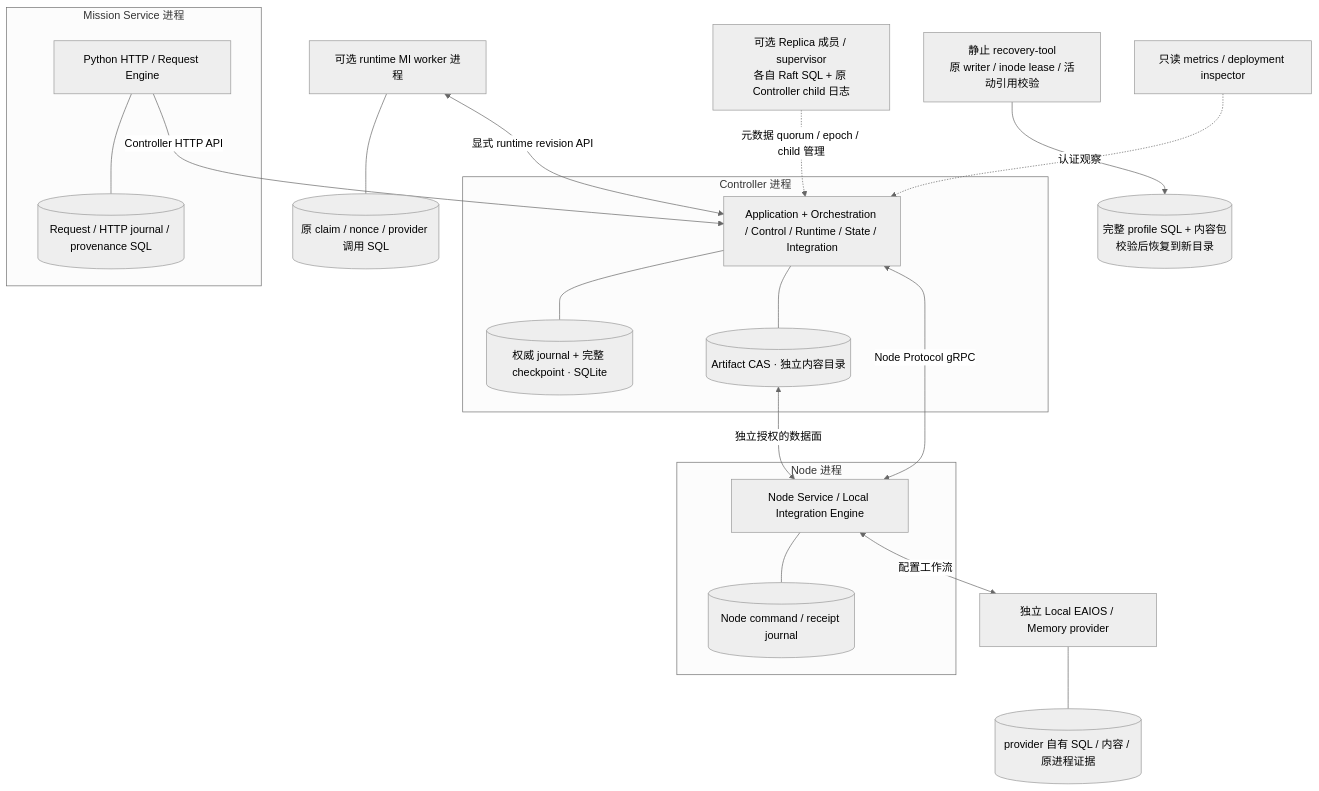
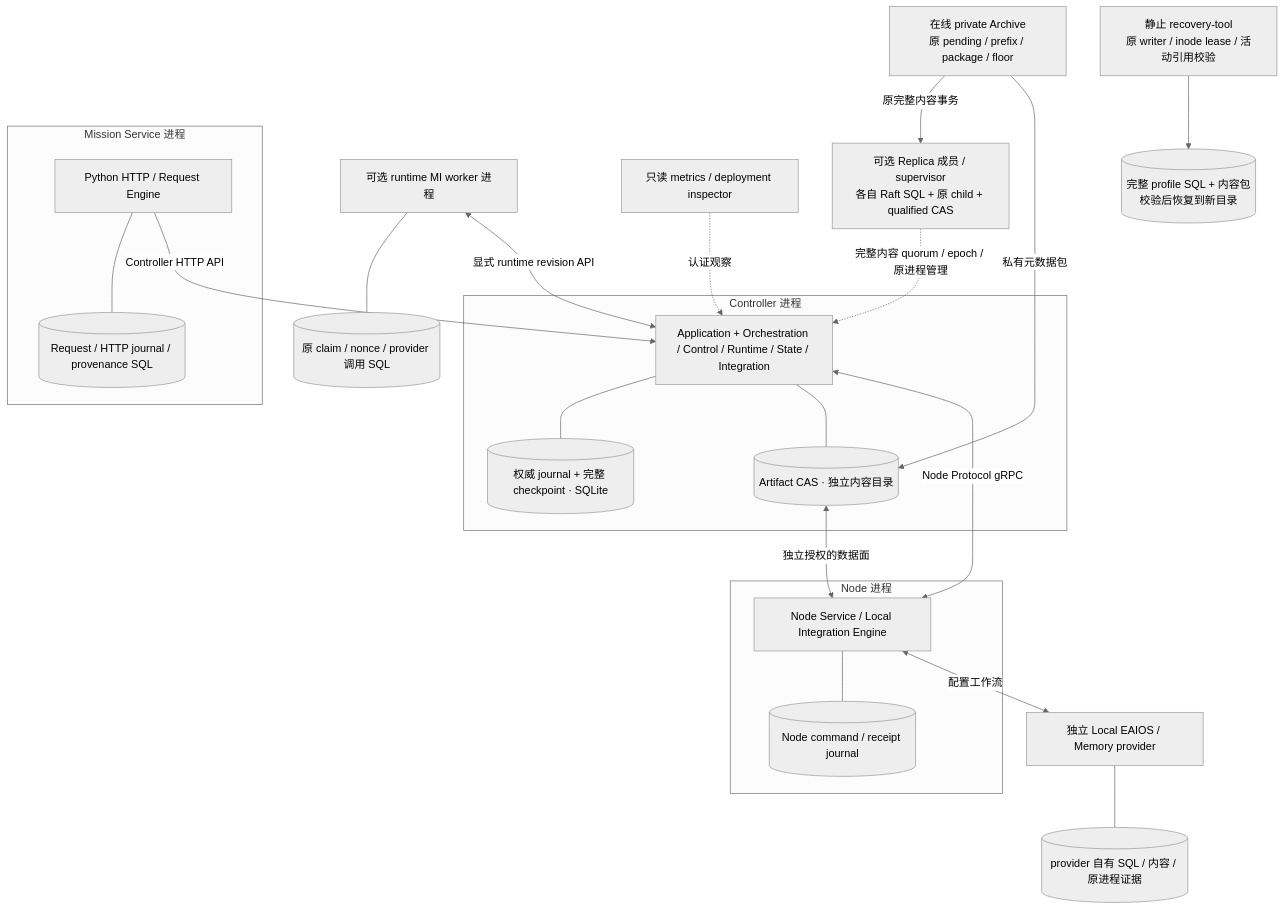
One commit to Farewell-CK/RoboGuide changed the third of 4 diagrams in docs/architecture/v2/current-architecture.md. Above: the diagram before and after it, drawn with Mermaid (neutral theme). The commit also changed other lines of this file and 120 other files, not shown here.

````diff
--- a/docs/architecture/v2/current-architecture.md
+++ b/docs/architecture/v2/current-architecture.md
@@ -114,25 +114,27 @@
 ```mermaid
 flowchart TB
   %% roboguide:min-width: 1440px
   subgraph MIP[Mission Service 进程]
     MS[Python HTTP / Request Engine] --- RQ[(Request / HTTP journal / provenance SQL)]
   end
   MW[可选 runtime MI worker 进程] --- WQ[(原 claim / nonce / provider 调用 SQL)]
   MS -->|Controller HTTP API| APP
   MW <-->|显式 runtime revision API| APP
   subgraph CP[Controller 进程]
     APP[Application + Orchestration / Control / Runtime / State / Integration]
     APP --- DB[(权威 journal + 完整 checkpoint · SQLite)]
     APP --- CAS[(Artifact CAS · 独立内容目录)]
   end
   subgraph NP[Node 进程]
     NODE[Node Service / Local Integration Engine] --- NJ[(Node command / receipt journal)]
   end
   APP <-->|Node Protocol gRPC| NODE
   NODE <-->|配置工作流| LOCAL[独立 Local EAIOS / Memory provider]
   LOCAL --- PS[(provider 自有 SQL / 内容 / 原进程证据)]
   CAS <-->|独立授权的数据面| NODE
-  HA[可选 Replica 成员 / supervisor<br/>各自 Raft SQL + 原 Controller child 日志] -.元数据 quorum / epoch / child 管理.-> APP
+  HA[可选 Replica 成员 / supervisor<br/>各自 Raft SQL + 原 child + qualified CAS] -.完整内容 quorum / epoch / 原进程管理.-> APP
+  AR[在线 private Archive<br/>原 pending / prefix / package / floor] -->|原完整内容事务| HA
+  AR -->|私有元数据包| CAS
   REC[静止 recovery-tool<br/>原 writer / inode lease / 活动引用校验] --> BUNDLE[(完整 profile SQL + 内容包<br/>校验后恢复到新目录)]
   OBS[只读 metrics / deployment inspector] -.认证观察.-> APP
 ```
````
